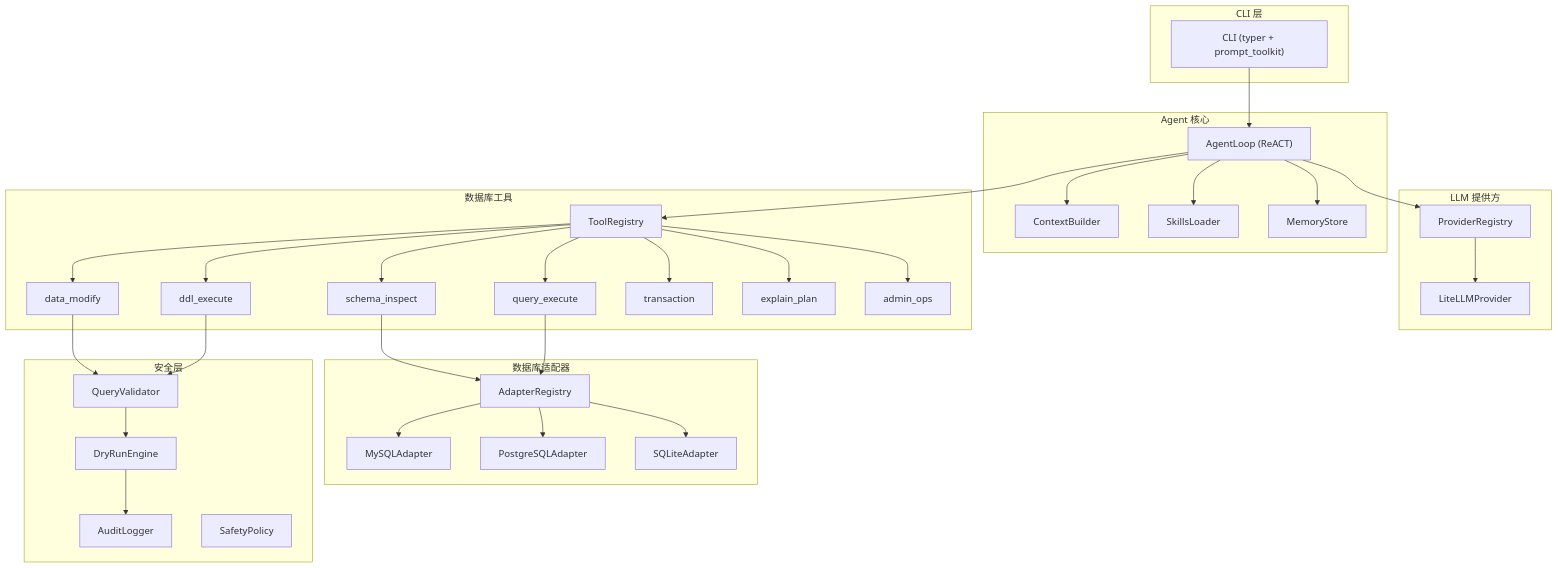
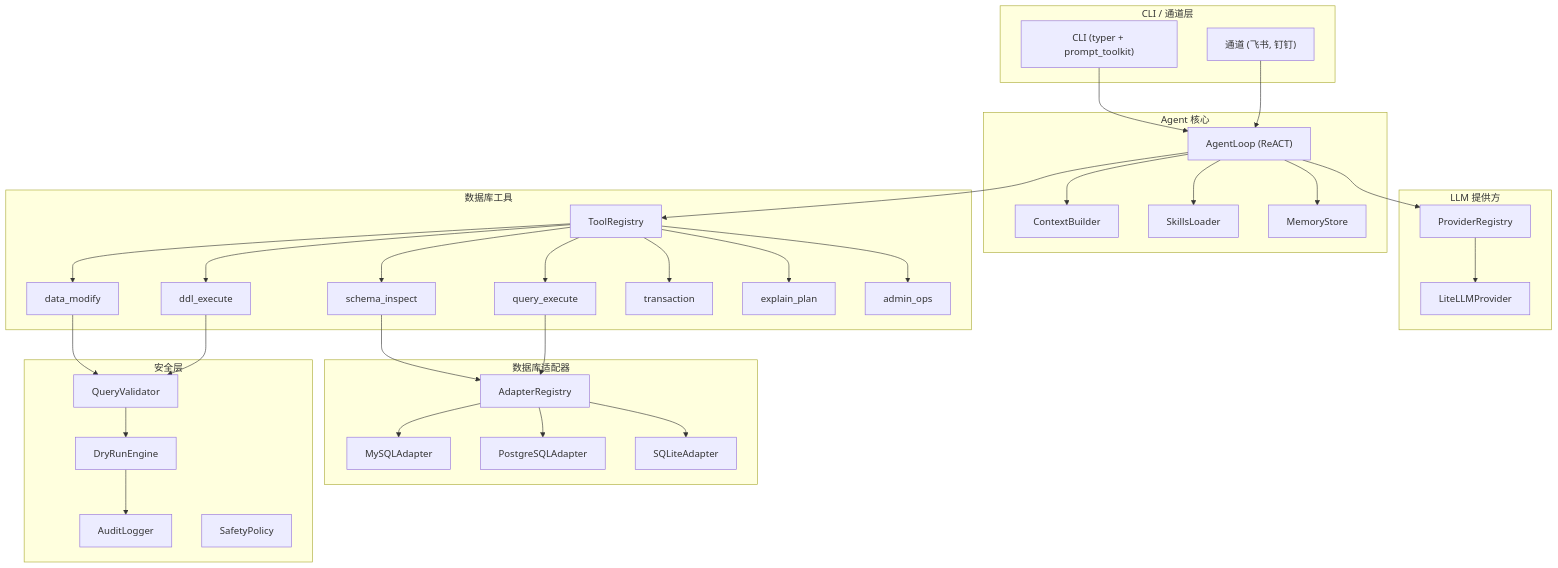
The diagram in docs/PLAN_ARCHITECTURE_CN.md (queryclaw/queryclaw), drawn with Mermaid before and after one commit. The commit also changed other lines of this file and 5 other files, not shown here.

First line of the commit message:
docs: split Phase 4+ into Phase 5 and Phase 5+, update roadmap and skills

````diff
--- a/docs/PLAN_ARCHITECTURE_CN.md
+++ b/docs/PLAN_ARCHITECTURE_CN.md
@@ -15,67 +15,69 @@
 ```mermaid
 graph TB
-    subgraph cli [CLI 层]
+    subgraph cli [CLI / 通道层]
         UserCLI["CLI (typer + prompt_toolkit)"]
+        Channels["通道 (飞书, 钉钉)"]
     end
 
     subgraph core [Agent 核心]
         AgentLoop["AgentLoop (ReACT)"]
         Context["ContextBuilder"]
         Skills["SkillsLoader"]
         Memory["MemoryStore"]
     end
 
     subgraph providers [LLM 提供方]
         Registry["ProviderRegistry"]
         LiteLLM["LiteLLMProvider"]
     end
 
     subgraph tools [数据库工具]
         ToolReg["ToolRegistry"]
         SchemaInspect["schema_inspect"]
         QueryExec["query_execute"]
         DataModify["data_modify"]
         DDLOps["ddl_execute"]
         TxnMgmt["transaction"]
         ExplainPlan["explain_plan"]
         AdminOps["admin_ops"]
     end
 
     subgraph db [数据库适配器]
         DBRegistry["AdapterRegistry"]
         MySQL["MySQLAdapter"]
         PostgreSQL["PostgreSQLAdapter"]
         SQLite["SQLiteAdapter"]
     end
 
     subgraph safety [安全层]
         Validator["QueryValidator"]
         DryRun["DryRunEngine"]
         AuditLog["AuditLogger"]
         Sandbox["SafetyPolicy"]
     end
 
     UserCLI --> AgentLoop
+    Channels --> AgentLoop
     AgentLoop --> Context
     AgentLoop --> Skills
     AgentLoop --> Memory
     AgentLoop --> Registry
     Registry --> LiteLLM
     AgentLoop --> ToolReg
     ToolReg --> SchemaInspect
     ToolReg --> QueryExec
     ToolReg --> DataModify
     ToolReg --> DDLOps
     ToolReg --> TxnMgmt
     ToolReg --> ExplainPlan
     ToolReg --> AdminOps
     SchemaInspect --> DBRegistry
     QueryExec --> DBRegistry
     DataModify --> Validator
     DDLOps --> Validator
     Validator --> DryRun
     DryRun --> AuditLog
     DBRegistry --> MySQL
     DBRegistry --> PostgreSQL
     DBRegistry --> SQLite
 ```
````
